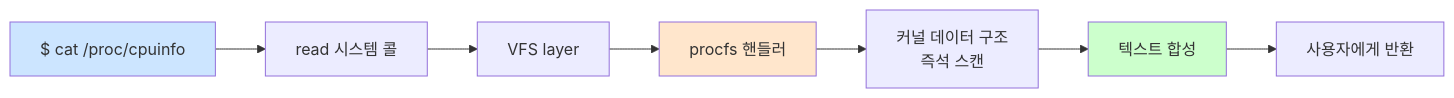
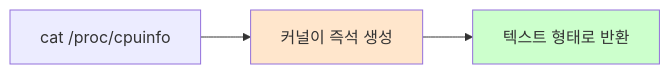
One commit to codewhite7777/codyssey_notes changed the second of 2 diagrams in codyssey_b1_1_study/filesystem-tree.md. Above: the diagram before and after it, drawn with Mermaid. The commit also changed other lines of this file and 5 other files, not shown here.

````diff
--- a/codyssey_b1_1_study/filesystem-tree.md
+++ b/codyssey_b1_1_study/filesystem-tree.md
@@ -52,13 +152,8 @@
 ```mermaid
 flowchart LR
-    A["$ cat /proc/cpuinfo"] --> B[read 시스템 콜]
-    B --> C[VFS layer]
-    C --> D[procfs 핸들러]
-    D --> E[커널 데이터 구조<br/>즉석 스캔]
-    E --> F[텍스트 합성]
-    F --> G[사용자에게 반환]
+    A["cat /proc/cpuinfo"] --> B["커널이 즉석 생성"]
+    B --> C["텍스트 형태로 반환"]
 
-    style A fill:#cce5ff
-    style D fill:#ffe6cc
-    style F fill:#ccffcc
+    style B fill:#ffe6cc
+    style C fill:#ccffcc
 ```
````
